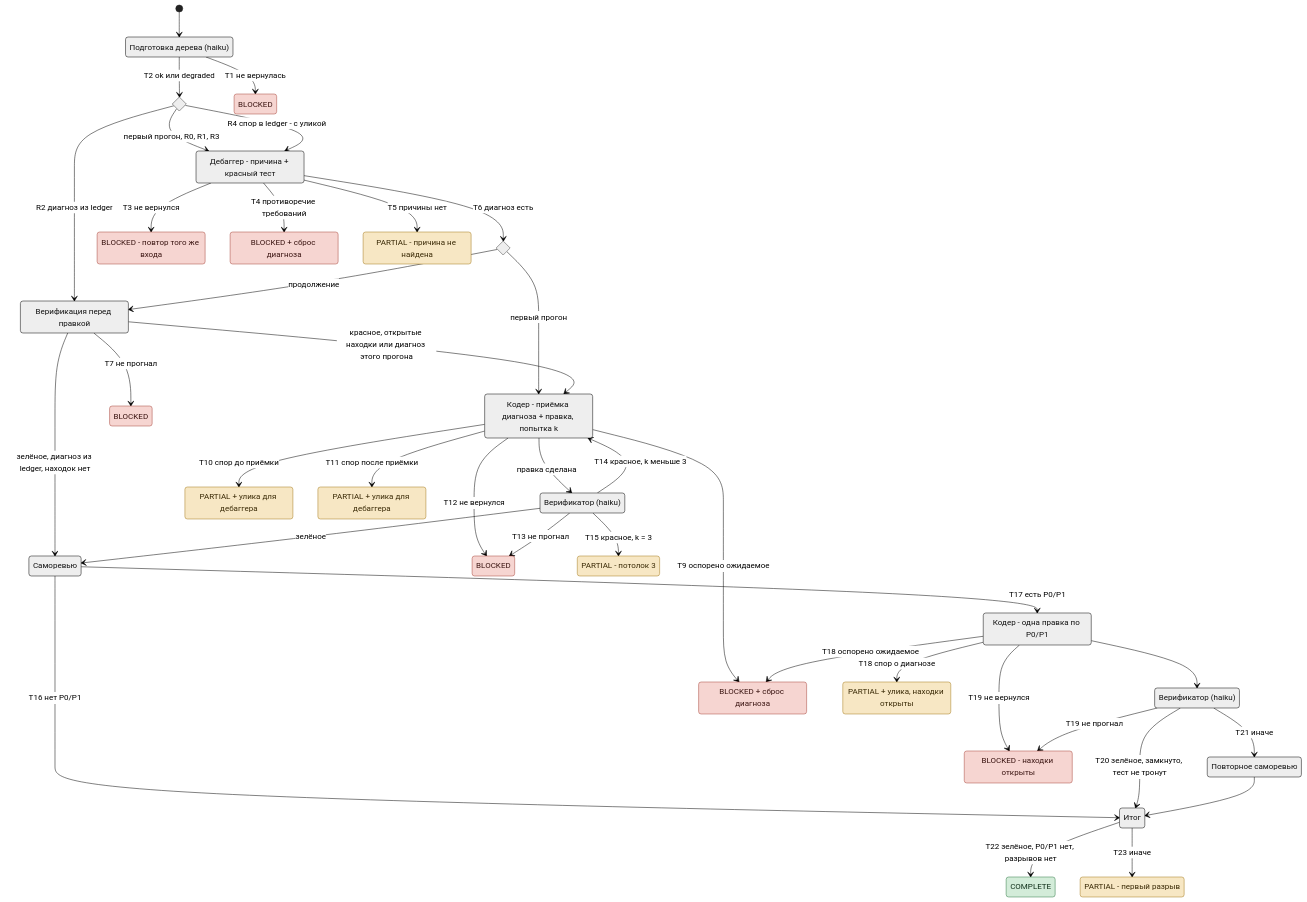
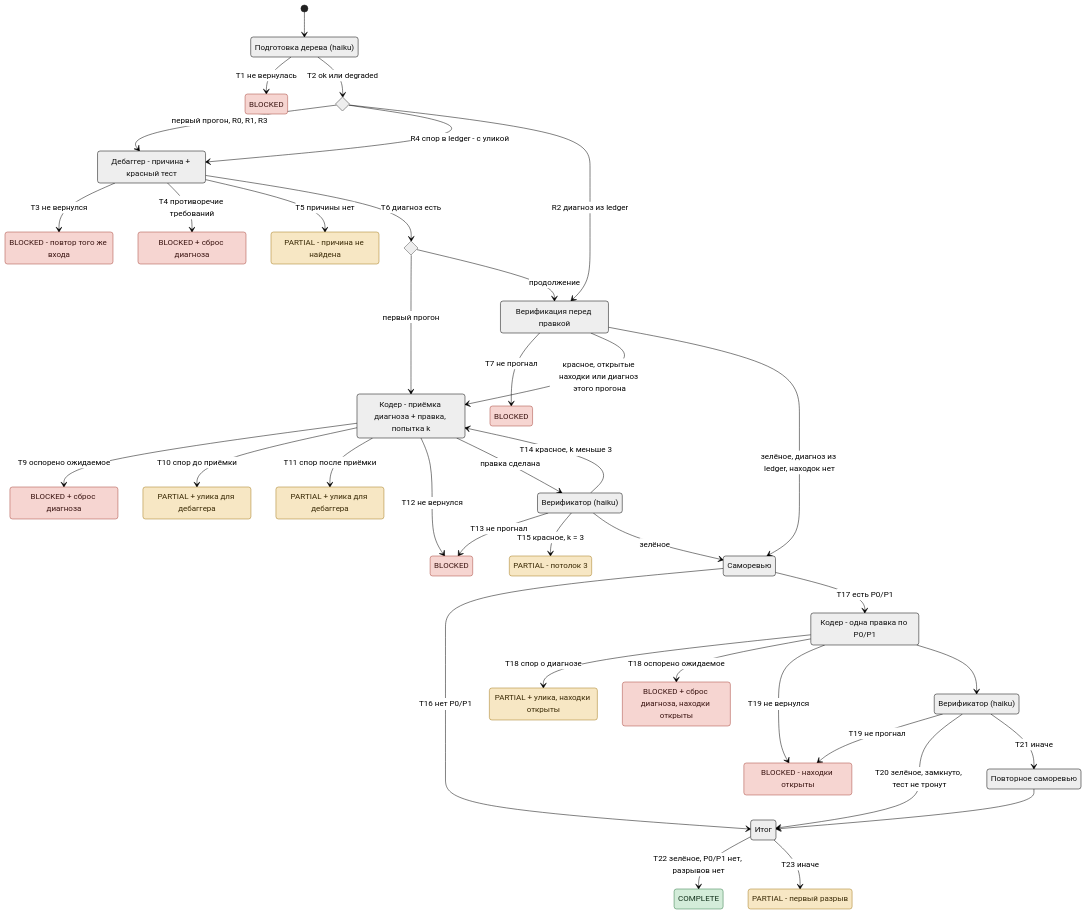
Before and after one commit to dex-it/claude-code-marketplace: the diagram in plugins/auto/docs/tracks/bugfix.md, drawn with Mermaid (neutral theme). The commit also changed other lines of this file and 2 other files, not shown here.

````diff
--- a/plugins/auto/docs/tracks/bugfix.md
+++ b/plugins/auto/docs/tracks/bugfix.md
@@ -13,80 +13,81 @@
 ```mermaid
 stateDiagram-v2
   direction TB
   [*] --> Prep
   state "Подготовка дерева (haiku)" as Prep
   state "Дебаггер - причина + красный тест" as Debug
   state "Верификация перед правкой" as RVerify
   state "Кодер - приёмка диагноза + правка, попытка k" as Coder
   state "Верификатор (haiku)" as Verify
   state "Саморевью" as Review
   state "Кодер - одна правка по P0/P1" as RFix
   state "Верификатор (haiku)" as Verify2
   state "Повторное саморевью" as Review2
   state "Итог" as Final
   state entry <<choice>>
   state afterDiag <<choice>>
 
   state "BLOCKED" as B1
   state "BLOCKED - повтор того же входа" as B2
   state "BLOCKED + сброс диагноза" as B3
   state "PARTIAL - причина не найдена" as P1
   state "BLOCKED" as B4
   state "BLOCKED + сброс диагноза" as B5
   state "PARTIAL + улика для дебаггера" as P2
   state "PARTIAL + улика для дебаггера" as P3
   state "BLOCKED" as B6
   state "PARTIAL - потолок 3" as P4
   state "PARTIAL + улика, находки открыты" as P5
   state "BLOCKED - находки открыты" as B7
+  state "BLOCKED + сброс диагноза, находки открыты" as B8
   state "COMPLETE" as C
   state "PARTIAL - первый разрыв" as P6
 
   Prep --> B1: T1 не вернулась
   Prep --> entry: T2 ok или degraded
   entry --> Debug: первый прогон, R0, R1, R3
   entry --> Debug: R4 спор в ledger - с уликой
   entry --> RVerify: R2 диагноз из ledger
 
   Debug --> B2: T3 не вернулся
   Debug --> B3: T4 противоречие требований
   Debug --> P1: T5 причины нет
   Debug --> afterDiag: T6 диагноз есть
   afterDiag --> Coder: первый прогон
   afterDiag --> RVerify: продолжение
 
   RVerify --> B4: T7 не прогнал
   RVerify --> Coder: красное, открытые находки или диагноз этого прогона
   RVerify --> Review: зелёное, диагноз из ledger, находок нет
 
   Coder --> B5: T9 оспорено ожидаемое
   Coder --> P2: T10 спор до приёмки
   Coder --> P3: T11 спор после приёмки
   Coder --> B6: T12 не вернулся
   Coder --> Verify: правка сделана
   Verify --> B6: T13 не прогнал
   Verify --> Coder: T14 красное, k меньше 3
   Verify --> P4: T15 красное, k = 3
   Verify --> Review: зелёное
 
   Review --> Final: T16 нет P0/P1
   Review --> RFix: T17 есть P0/P1
   RFix --> P5: T18 спор о диагнозе
-  RFix --> B5: T18 оспорено ожидаемое
+  RFix --> B8: T18 оспорено ожидаемое
   RFix --> B7: T19 не вернулся
   RFix --> Verify2
   Verify2 --> B7: T19 не прогнал
   Verify2 --> Final: T20 зелёное, замкнуто, тест не тронут
   Verify2 --> Review2: T21 иначе
   Review2 --> Final
 
   Final --> C: T22 зелёное, P0/P1 нет, разрывов нет
   Final --> P6: T23 иначе
 
   classDef stop fill:#f6d5d1,stroke:#a8453b,color:#3b1512
   classDef part fill:#f7e7c4,stroke:#a57a1c,color:#3a2a06
   classDef done fill:#d3ecd9,stroke:#2f7a45,color:#0f2e18
-  class B1,B2,B3,B4,B5,B6,B7 stop
+  class B1,B2,B3,B4,B5,B6,B7,B8 stop
   class P1,P2,P3,P4,P5,P6 part
   class C done
 ```
````
